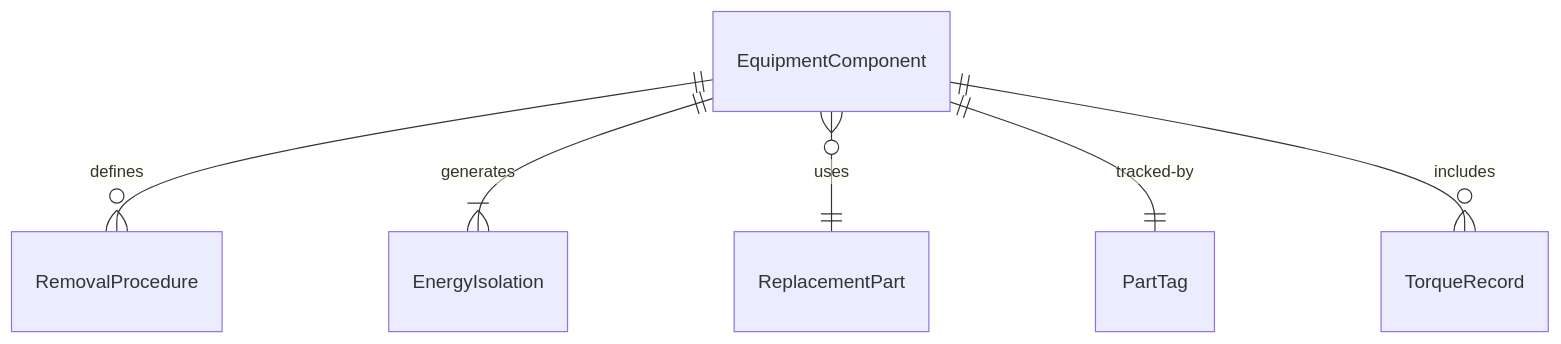
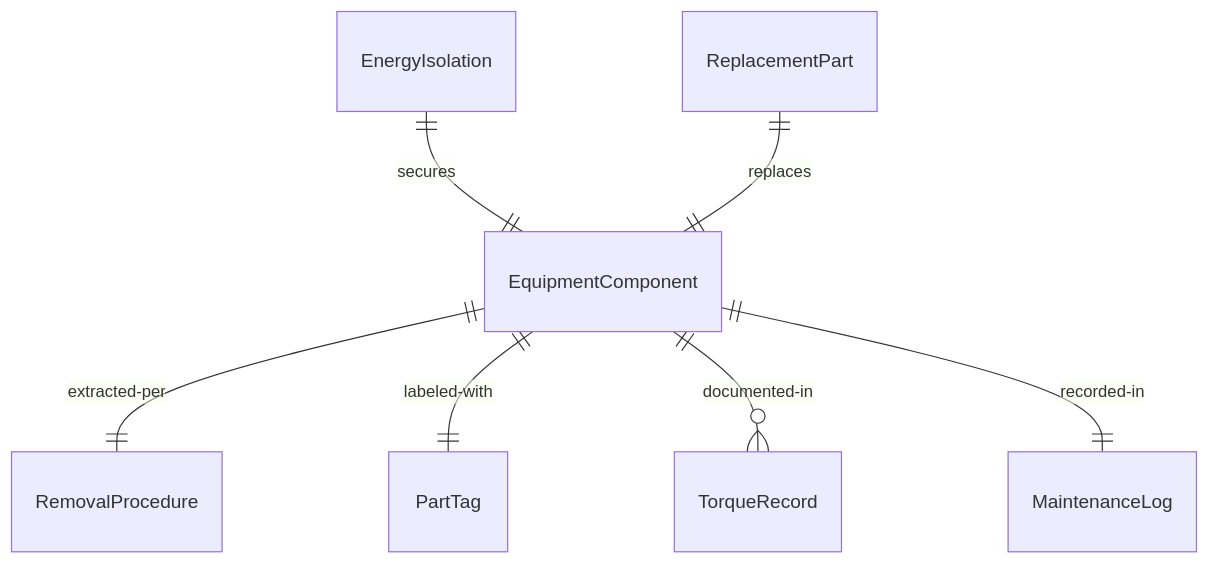
The first of 4 diagrams in HandlingAndMovingObjects/DisassembleEquipment/RemovePartsComponentsEquipment.mdx (dot-org-ai/tasks.org.ai), drawn with Mermaid before and after one commit. The commit also changed other lines of this file and 515 other files, not shown here.

````diff
--- a/HandlingAndMovingObjects/DisassembleEquipment/RemovePartsComponentsEquipment.mdx
+++ b/HandlingAndMovingObjects/DisassembleEquipment/RemovePartsComponentsEquipment.mdx
@@ -89,8 +89,9 @@
 ```mermaid
 erDiagram
-    EquipmentComponent ||--o{ RemovalProcedure : "defines"
-    EquipmentComponent ||--|{ EnergyIsolation : "generates"
-    EquipmentComponent }o--|| ReplacementPart : "uses"
-    EquipmentComponent ||--|| PartTag : "tracked-by"
-    EquipmentComponent ||--o{ TorqueRecord : "includes"
+    EquipmentComponent ||--|| RemovalProcedure : "extracted-per"
+    EnergyIsolation ||--|| EquipmentComponent : "secures"
+    EquipmentComponent ||--|| PartTag : "labeled-with"
+    EquipmentComponent ||--o{ TorqueRecord : "documented-in"
+    ReplacementPart ||--|| EquipmentComponent : "replaces"
+    EquipmentComponent ||--|| MaintenanceLog : "recorded-in"
 ```
````
